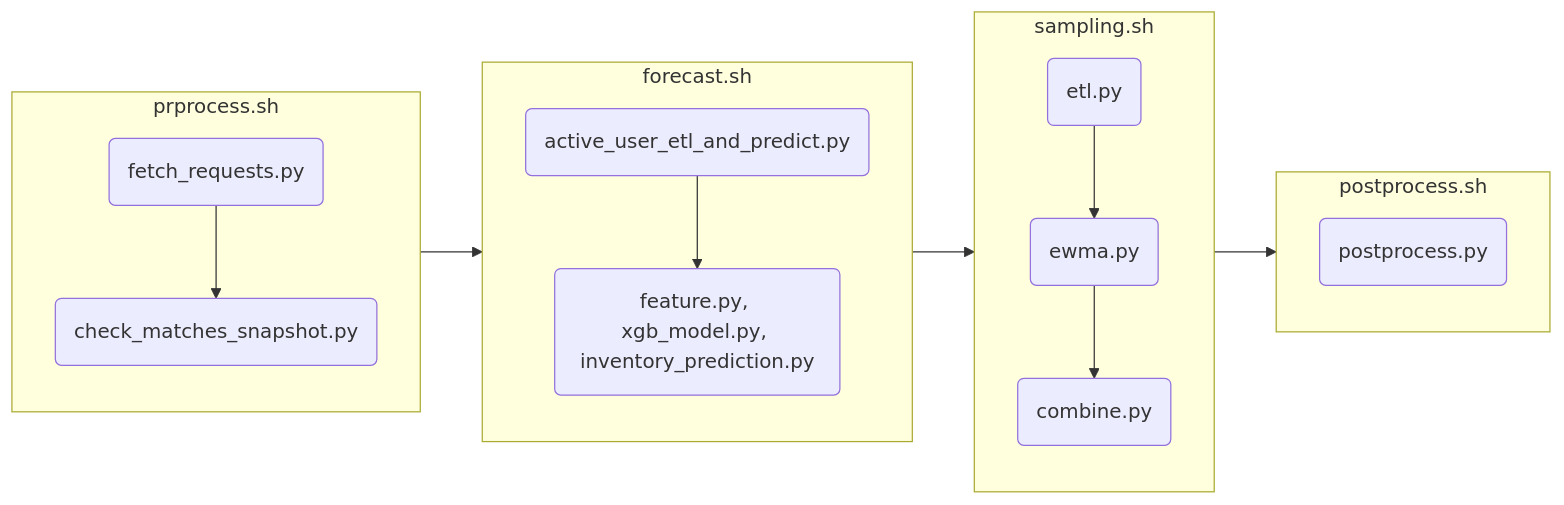
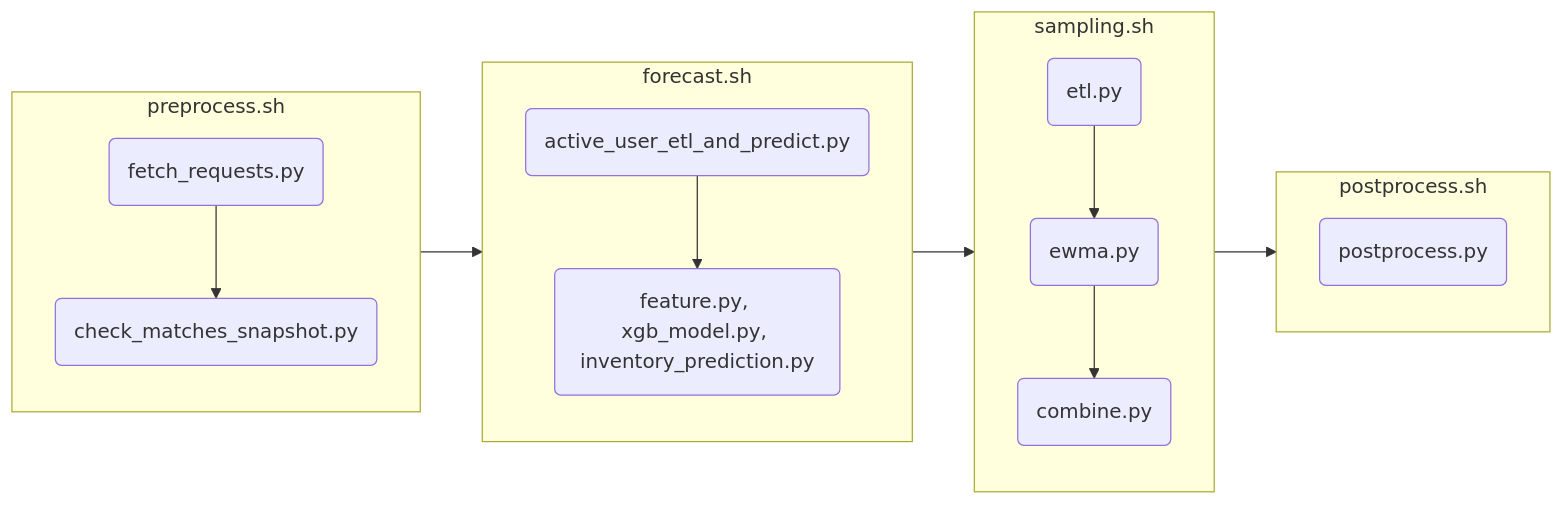
The diagram in pipeline/readme.md (xiaoyali123456/inventory_forecasting), drawn with Mermaid before and after one commit. The commit also changed 2 other files, not shown here.

Commit message:
fix: format of final data

````diff
--- a/pipeline/readme.md
+++ b/pipeline/readme.md
@@ -3,19 +3,19 @@
 ```mermaid
 graph LR
-  subgraph prprocess.sh
+  subgraph preprocess.sh
     direction TB
     A(fetch_requests.py) --> B(check_matches_snapshot.py)
   end
   subgraph forecast.sh
     direction TB
     C(active_user_etl_and_predict.py) --> D(feature.py, xgb_model.py, inventory_prediction.py)
   end
   subgraph sampling.sh
     direction TB
     E(etl.py) --> F(ewma.py) --> G(combine.py)
   end
   subgraph postprocess.sh
     H(postprocess.py)
   end
-  prprocess.sh --> forecast.sh --> sampling.sh --> postprocess.sh
+  preprocess.sh --> forecast.sh --> sampling.sh --> postprocess.sh
 ```
````
